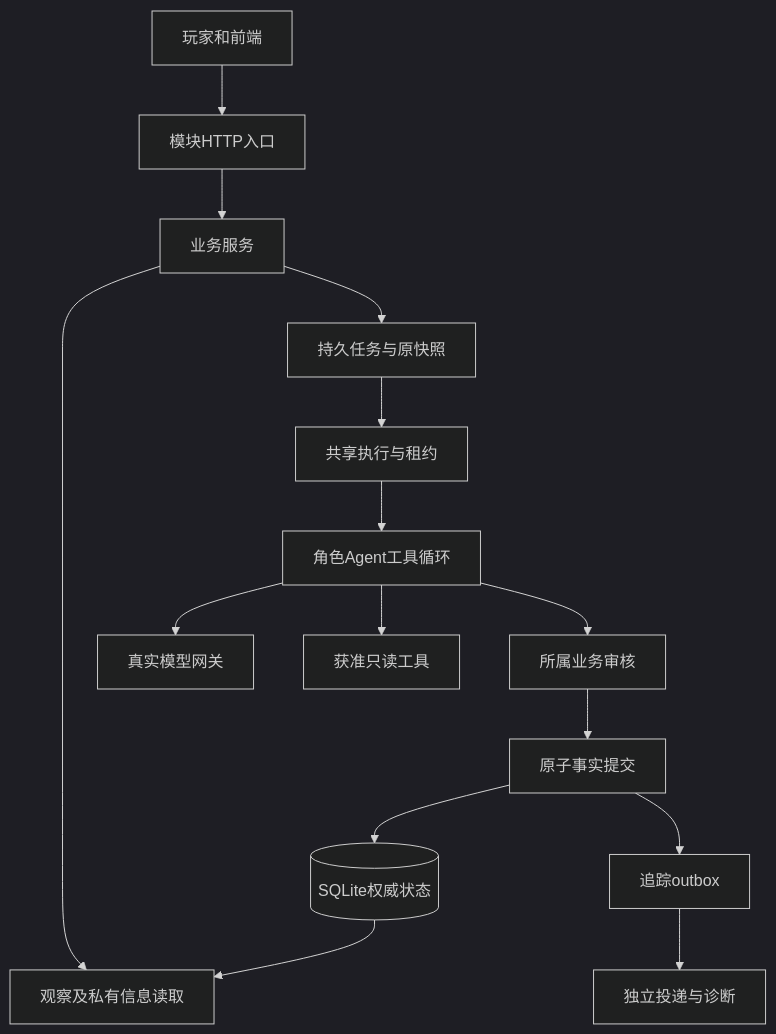
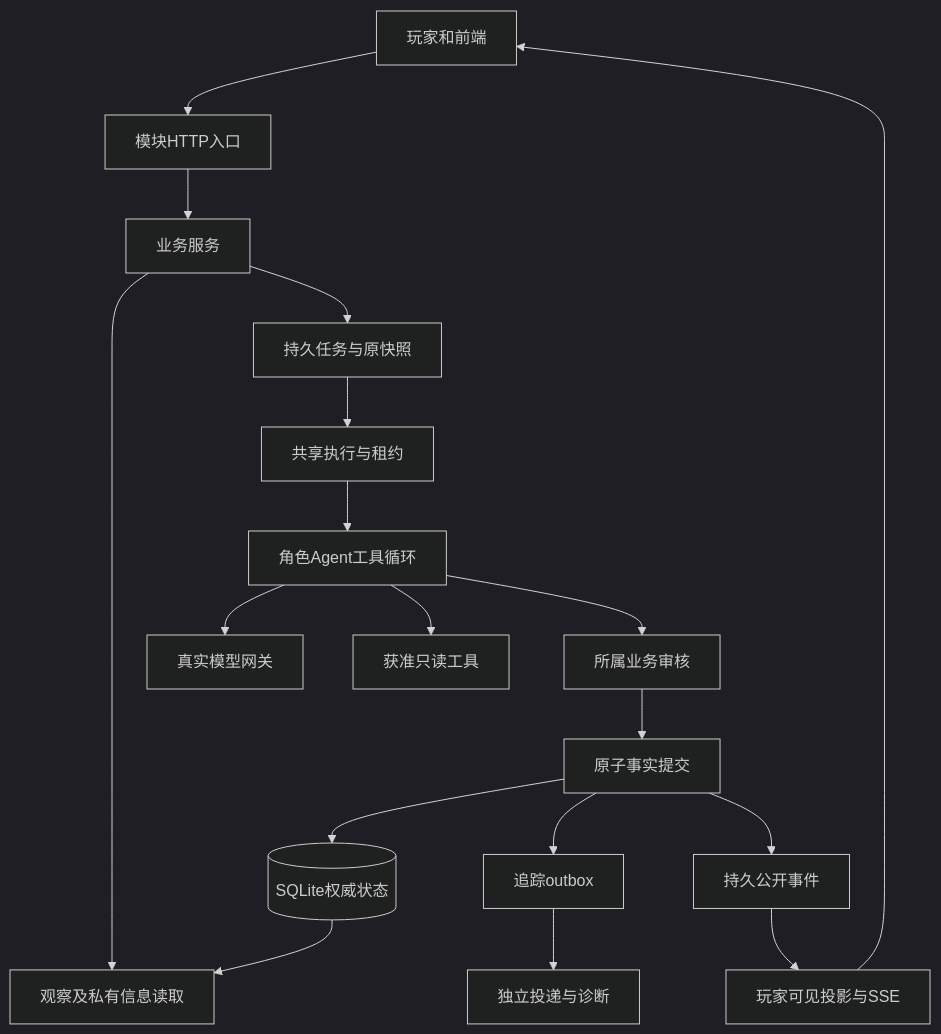
The diagram in server/docs/design/system.md (Weilan0811/echo-commons), drawn with Mermaid (dark theme) before and after one commit. The commit also changed other lines of this file and 8 other files, not shown here.

````diff
--- a/server/docs/design/system.md
+++ b/server/docs/design/system.md
@@ -36,17 +36,20 @@
 ```mermaid
 flowchart TD
     F[玩家和前端] --> H[模块HTTP入口]
     H --> B[业务服务]
     B --> P[观察及私有信息读取]
     B --> Q[持久任务与原快照]
     Q --> E[共享执行与租约]
     E --> A[角色Agent工具循环]
     A --> M[真实模型网关]
     A --> T[获准只读工具]
     A --> R[所属业务审核]
     R --> C[原子事实提交]
     C --> D[(SQLite权威状态)]
     D --> P
     C --> O[追踪outbox]
     O --> L[独立投递与诊断]
+    C --> V[持久公开事件]
+    V --> S[玩家可见投影与SSE]
+    S --> F
 ```
````
